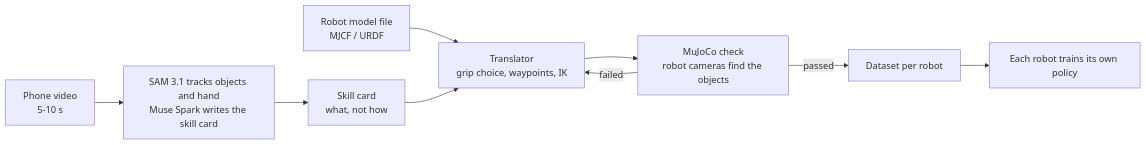
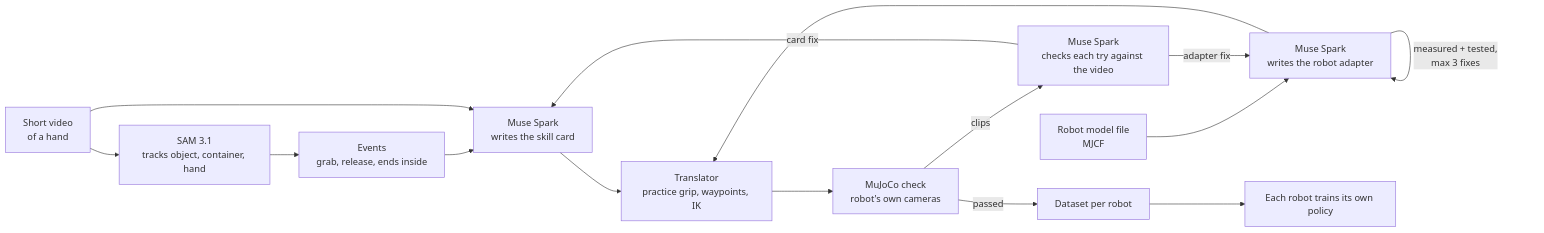
Before and after one commit to thenguyentrong/skill-translator: the diagram in README.md, drawn with Mermaid. The commit also changed other lines of this file and 59 other files, not shown here.

````diff
--- a/README.md
+++ b/README.md
@@ -32,10 +37,16 @@
 ```mermaid
 flowchart LR
-    V[Phone video<br/>5-10 s] --> P[SAM 3.1 tracks objects and hand<br/>Muse Spark writes the skill card]
-    P --> C[Skill card<br/>what, not how]
-    R[Robot model file<br/>MJCF / URDF] --> T
-    C --> T[Translator<br/>grip choice, waypoints, IK]
-    T --> S[MuJoCo check<br/>robot cameras find the objects]
-    S -->|failed| T
-    S -->|passed| D[Dataset per robot] --> A[Each robot trains its own policy]
+    V[Short video<br/>of a hand] --> S[SAM 3.1<br/>tracks object, container, hand]
+    S --> E[Events<br/>grab, release, ends inside]
+    E --> M[Muse Spark<br/>writes the skill card]
+    V --> M
+    R[Robot model file<br/>MJCF] --> A[Muse Spark<br/>writes the robot adapter]
+    A -->|measured + tested,<br/>max 3 fixes| A
+    M --> T[Translator<br/>practice grip, waypoints, IK]
+    A --> T
+    T --> C[MuJoCo check<br/>robot's own cameras]
+    C -->|clips| J[Muse Spark<br/>checks each try against the video]
+    J -->|card fix| M
+    J -->|adapter fix| A
+    C -->|passed| D[Dataset per robot] --> P[Each robot trains its own policy]
 ```
````
